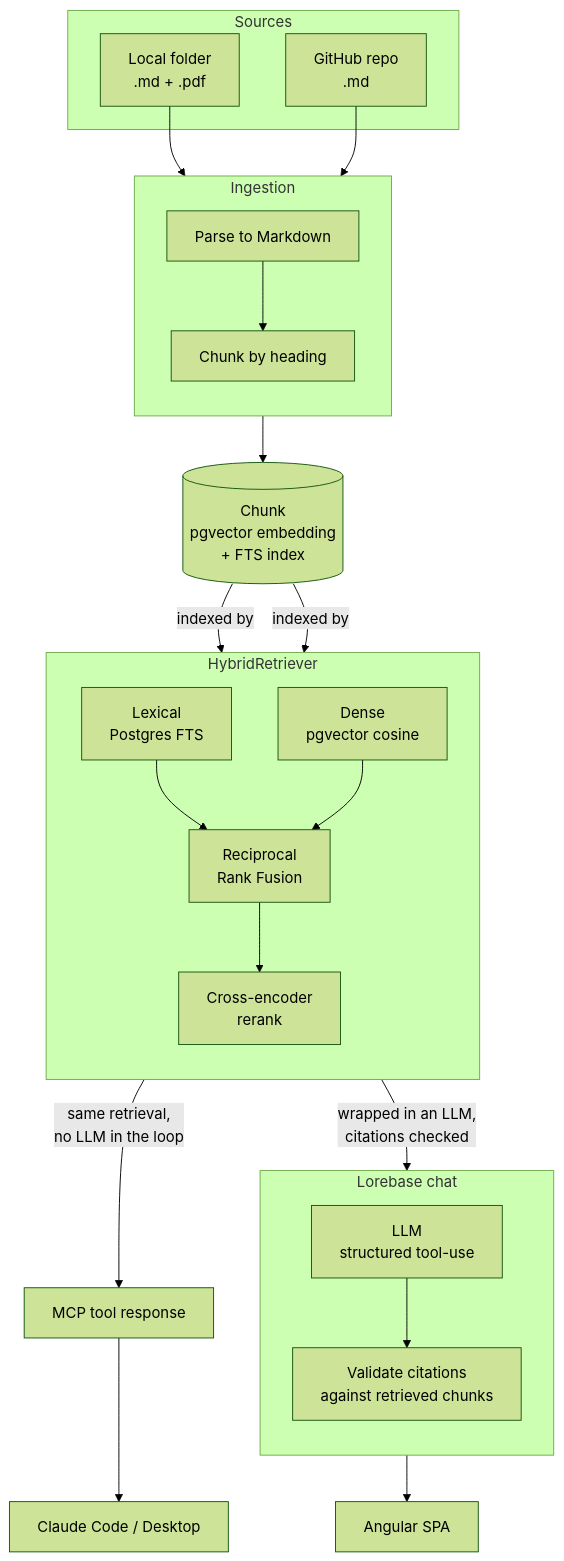
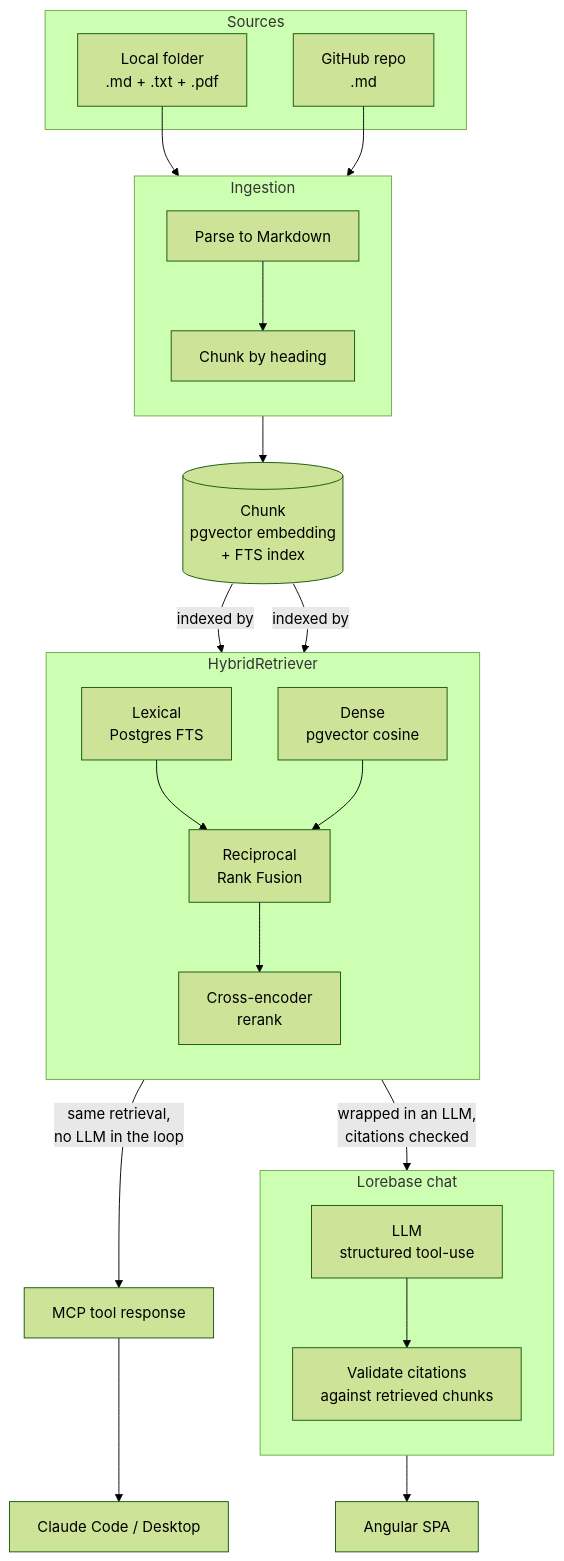
Before and after one commit to murraco/lorebase: the diagram in README.md, drawn with Mermaid (forest theme). The commit also changed other lines of this file and 1 other file, not shown here.

Commit message:
Document .txt as a supported local-folder file type

````diff
--- a/README.md
+++ b/README.md
@@ -52,46 +52,46 @@
 ```mermaid
 flowchart TB
     subgraph SRC["Sources"]
-        local["Local folder<br/>.md + .pdf"]
+        local["Local folder<br/>.md + .txt + .pdf"]
         gh["GitHub repo<br/>.md"]
     end
 
     subgraph ING["Ingestion"]
         direction TB
         parse["Parse to Markdown"]
         chunk["Chunk by heading"]
         parse --> chunk
     end
 
     store[("Chunk<br/>pgvector embedding<br/>+ FTS index")]
 
     subgraph RET["HybridRetriever"]
         direction TB
         lex["Lexical<br/>Postgres FTS"]
         dense["Dense<br/>pgvector cosine"]
         rrf["Reciprocal<br/>Rank Fusion"]
         rerank["Cross-encoder<br/>rerank"]
         lex --> rrf
         dense --> rrf
         rrf --> rerank
     end
 
     subgraph CHAT["Lorebase chat"]
         direction TB
         llm["LLM<br/>structured tool-use"]
         verify["Validate citations<br/>against retrieved chunks"]
         llm --> verify
     end
 
     local --> parse
     gh --> parse
     chunk --> store
     store -->|indexed by| lex
     store -->|indexed by| dense
 
     rerank -->|"wrapped in an LLM,<br/>citations checked"| llm
     rerank -->|"same retrieval,<br/>no LLM in the loop"| mcp["MCP tool response"]
 
     verify --> spa["Angular SPA"]
     mcp --> claude["Claude Code / Desktop"]
 ```
````
